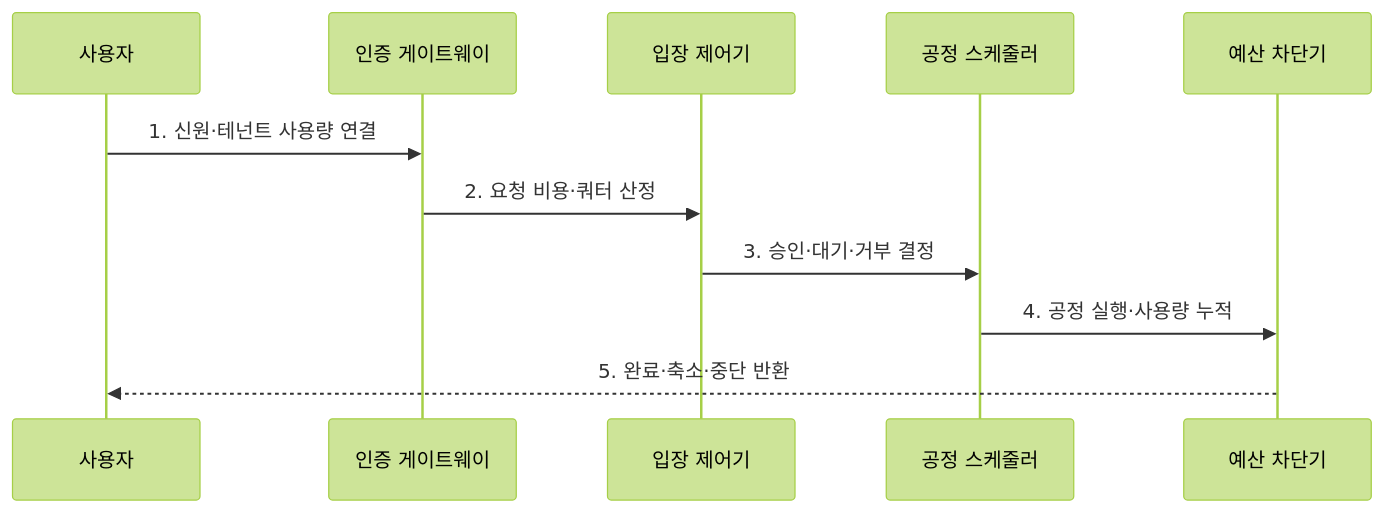
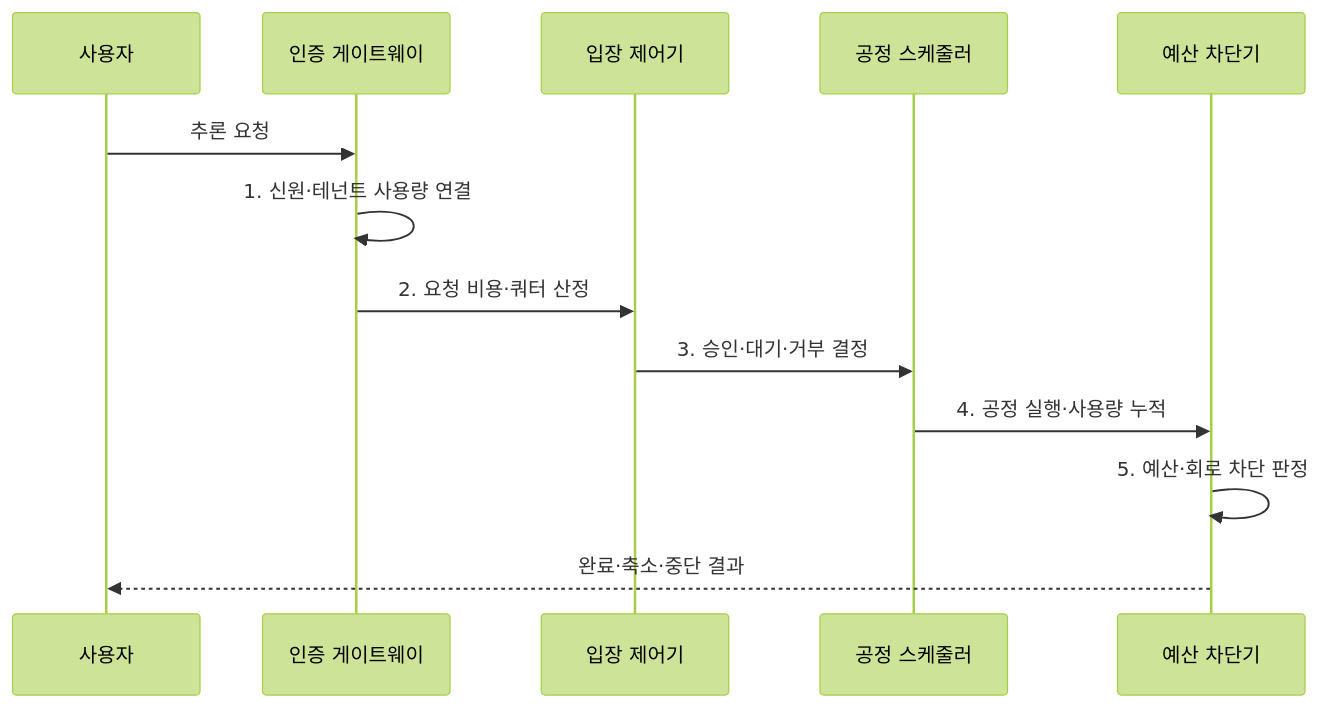
Before and after one commit to agnusdei1207/knowledge-base: the second of 2 diagrams in src/content/docs/notes/05-security/087_model_denial_of_service.md, drawn with Mermaid (forest theme). The commit also changed other lines of this file and 20 other files, not shown here.

````diff
--- a/src/content/docs/notes/05-security/087_model_denial_of_service.md
+++ b/src/content/docs/notes/05-security/087_model_denial_of_service.md
@@ -85,13 +85,15 @@
 ```mermaid
 sequenceDiagram
     participant U as 사용자
     participant G as 인증 게이트웨이
     participant A as 입장 제어기
     participant S as 공정 스케줄러
     participant B as 예산 차단기
-    U->>G: 1. 신원·테넌트 사용량 연결
+    U->>G: 추론 요청
+    G->>G: 1. 신원·테넌트 사용량 연결
     G->>A: 2. 요청 비용·쿼터 산정
     A->>S: 3. 승인·대기·거부 결정
     S->>B: 4. 공정 실행·사용량 누적
-    B-->>U: 5. 완료·축소·중단 반환
+    B->>B: 5. 예산·회로 차단 판정
+    B-->>U: 완료·축소·중단 결과
 ```
````
